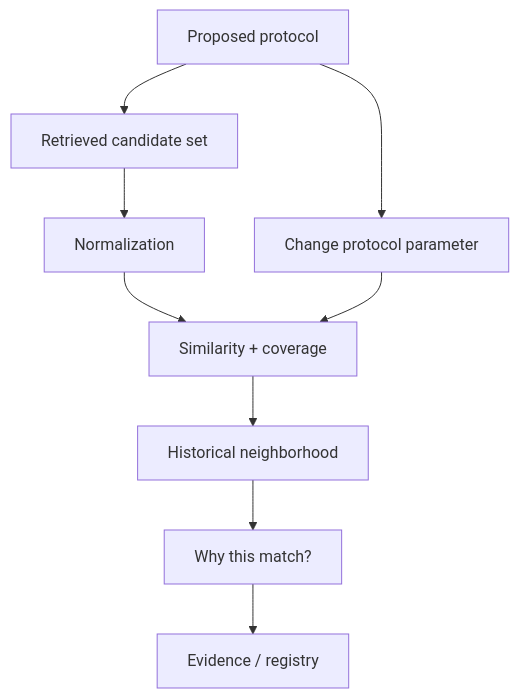
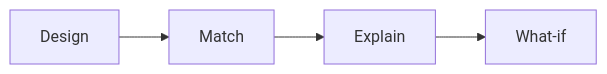
The diagram in README.md (amedeone03/amass-trialcore-demo), drawn with Mermaid before and after one commit. The commit also changed other lines of this file and 7 other files, not shown here.

First line of the commit message:
Invalidate stale Streamlit cache after the intervention schema change.

````diff
--- a/README.md
+++ b/README.md
@@ -44,11 +31,6 @@
 ```mermaid
-flowchart TD
-    A[Proposed protocol] --> B[Retrieved candidate set]
-    B --> C[Normalization]
-    C --> D[Similarity + coverage]
-    D --> E[Historical neighborhood]
-    E --> F[Why this match?]
-    F --> G[Evidence / registry]
-    A --> H[Change protocol parameter]
-    H --> D
+flowchart LR
+    A[Design] --> B[Match]
+    B --> C[Explain]
+    C --> D[What-if]
 ```
````
